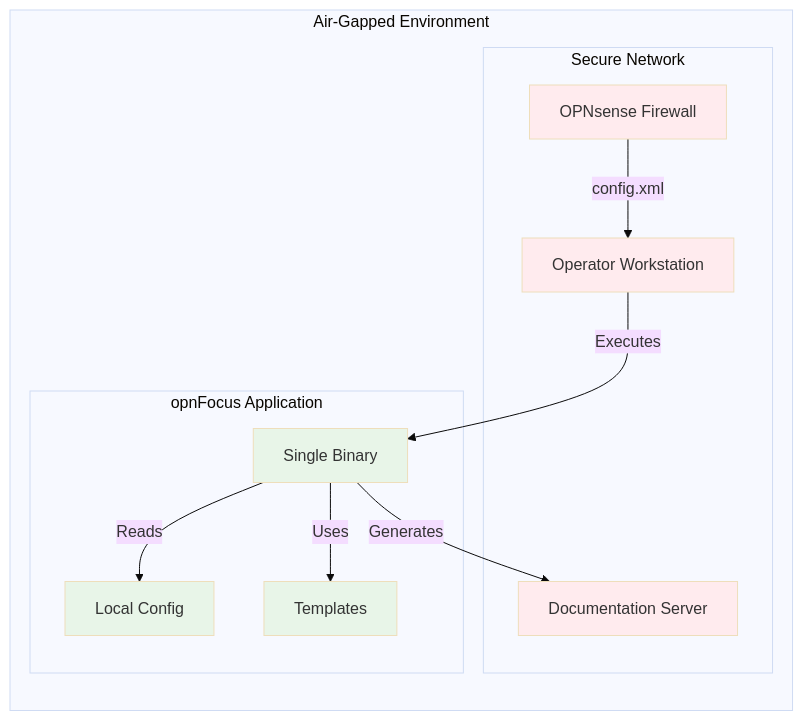
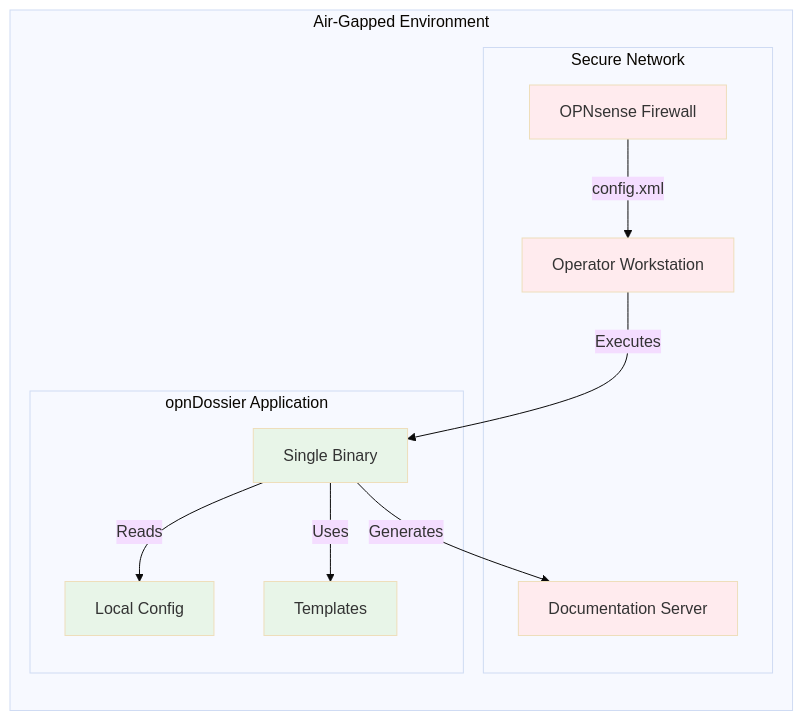
One commit to EvilBit-Labs/opnDossier changed the third of 6 diagrams in docs/dev-guide/architecture.md. Above: the diagram before and after it, drawn with Mermaid (base theme). The commit also changed other lines of this file and 24 other files, not shown here.

First line of the commit message:
chore: update documentation and configuration for opnDossier

````diff
--- a/docs/dev-guide/architecture.md
+++ b/docs/dev-guide/architecture.md
@@ -359,27 +359,27 @@
 ```mermaid
 graph LR
     subgraph "Air-Gapped Environment"
         subgraph "Secure Network"
             FW[OPNsense Firewall]
             OPS[Operator Workstation]
             DOCS[Documentation Server]
         end
 
-        subgraph "opnFocus Application"
+        subgraph "opnDossier Application"
             BIN[Single Binary]
             CFG[Local Config]
             TEMP[Templates]
         end
     end
 
     FW -->|config.xml| OPS
     OPS -->|Executes| BIN
     BIN -->|Reads| CFG
     BIN -->|Uses| TEMP
     BIN -->|Generates| DOCS
 
     classDef secure fill:#ffebee
     classDef app fill:#e8f5e8
     class FW,OPS,DOCS secure
     class BIN,CFG,TEMP app
 ```
````
